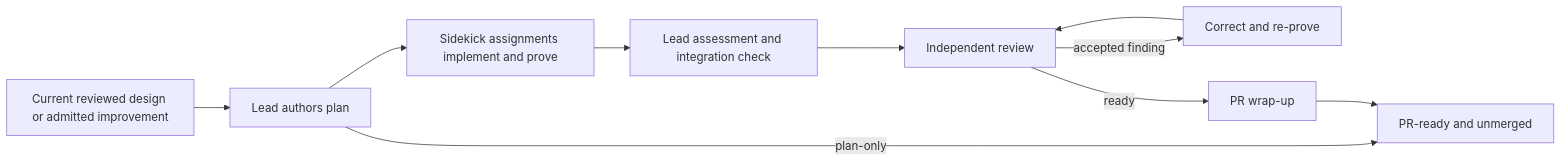
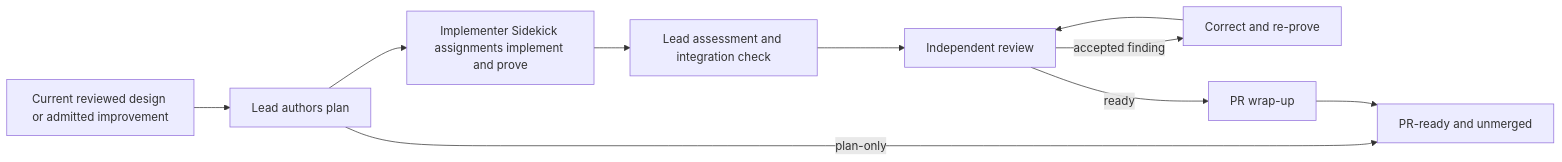
Before and after one commit to ShravanSunder/sunstack: the diagram in plugins/sunstack-dev/skills/orchestrator-implementation-goal/README.md, drawn with Mermaid. The commit also changed other lines of this file and 95 other files, not shown here.

````diff
--- a/plugins/sunstack-dev/skills/orchestrator-implementation-goal/README.md
+++ b/plugins/sunstack-dev/skills/orchestrator-implementation-goal/README.md
@@ -7,12 +7,12 @@
 ```mermaid
 flowchart LR
     A[Current reviewed design or admitted improvement] --> B[Lead authors plan]
     B -->|plan-only| G[Requested terminal]
-    B --> C[Sidekick assignments implement and prove]
+    B --> C[Implementer Sidekick assignments implement and prove]
     C --> H[Lead assessment and integration check]
     H --> D[Independent review]
     D -->|accepted finding| E[Correct and re-prove]
     E --> D
     D -->|ready| F[PR wrap-up]
     F --> G[PR-ready and unmerged]
 ```
````
